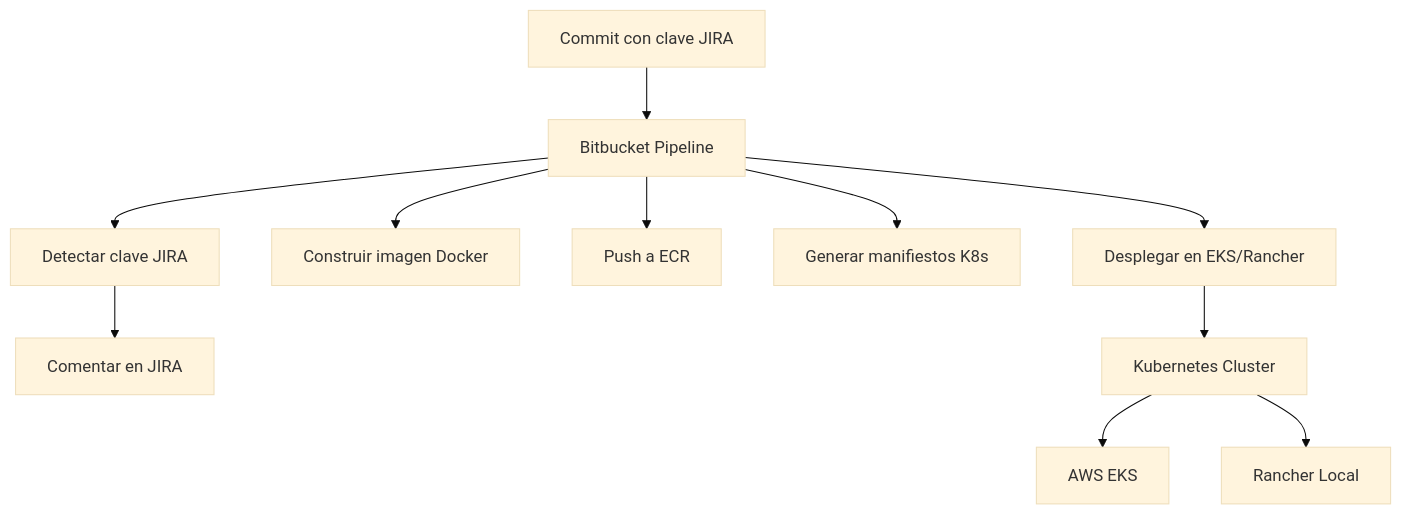
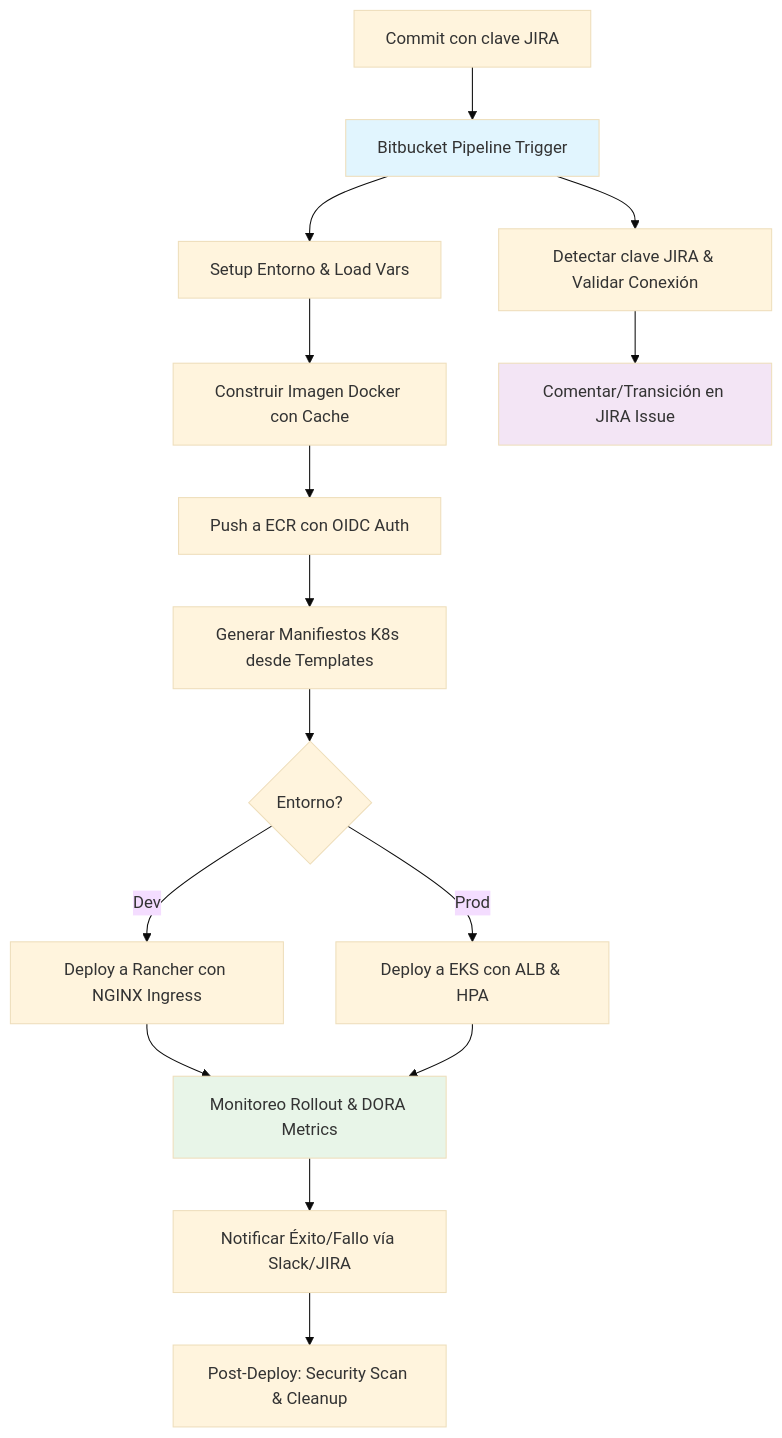
The diagram in infra-cicd-tools/README.md (vfven/Pipelinedouble), drawn with Mermaid (base theme) before and after one commit. The commit also changed other lines of this file and 5 other files, not shown here.

````diff
--- a/infra-cicd-tools/README.md
+++ b/infra-cicd-tools/README.md
@@ -45,13 +75,20 @@
 ```mermaid
 graph TD
-    A[Commit con clave JIRA] --> B[Bitbucket Pipeline]
-    B --> C[Detectar clave JIRA]
-    B --> D[Construir imagen Docker]
-    B --> E[Push a ECR]
-    B --> F[Generar manifiestos K8s]
-    B --> G[Desplegar en EKS/Rancher]
-    C --> H[Comentar en JIRA]
-    G --> I[Kubernetes Cluster]
-    I --> J[AWS EKS]
-    I --> K[Rancher Local]
+    A[Commit con clave JIRA] --> B[Bitbucket Pipeline Trigger]
+    B --> C[Detectar clave JIRA & Validar Conexión]
+    B --> D[Setup Entorno & Load Vars]
+    D --> E[Construir Imagen Docker con Cache]
+    E --> F[Push a ECR con OIDC Auth]
+    F --> G[Generar Manifiestos K8s desde Templates]
+    G --> H{Entorno?}
+    H -->|Dev| I[Deploy a Rancher con NGINX Ingress]
+    H -->|Prod| J[Deploy a EKS con ALB & HPA]
+    C --> K[Comentar/Transición en JIRA Issue]
+    I --> L[Monitoreo Rollout & DORA Metrics]
+    J --> L
+    L --> M[Notificar Éxito/Fallo vía Slack/JIRA]
+    M --> N[Post-Deploy: Security Scan & Cleanup]
+    style B fill:#e1f5fe
+    style K fill:#f3e5f5
+    style L fill:#e8f5e8
 ```
````
